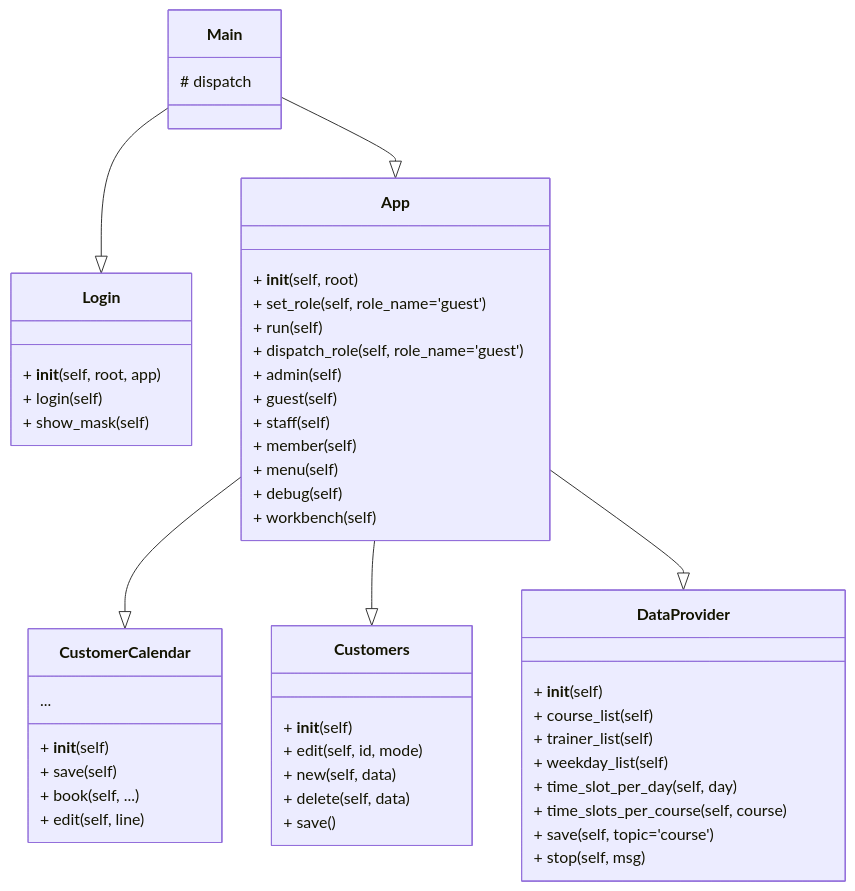
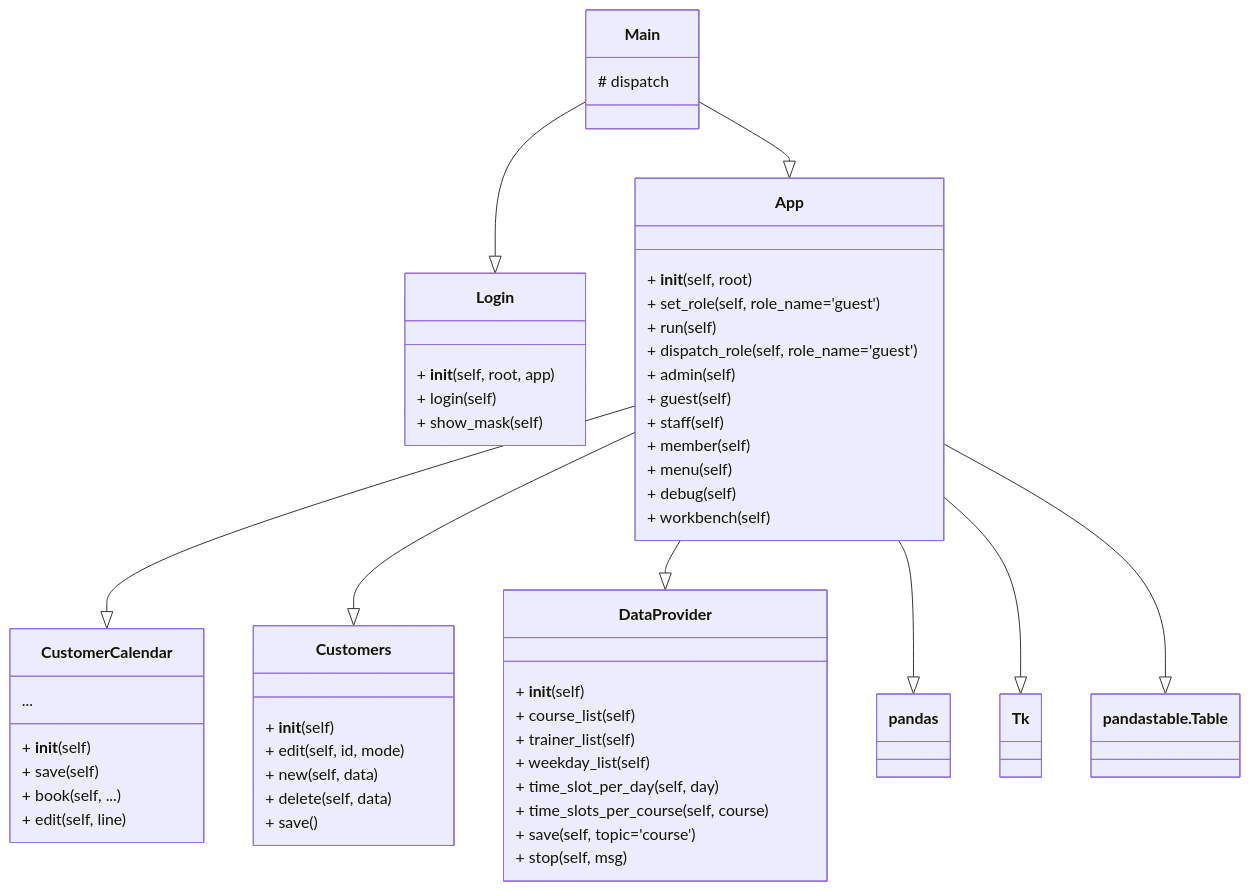
Before and after one commit to icewomen-hub/customer_calendar: the third of 3 diagrams in src/tech_doc.md, drawn with Mermaid. The commit also changed other lines of this file, not shown here.

````diff
--- a/src/tech_doc.md
+++ b/src/tech_doc.md
@@ -41,64 +52,69 @@
 ```mermaid
 classDiagram
 
  
     
     class Main{
         # dispatch
     }
 
     class Login{
         + __init__(self, root, app)
         + login(self)
         + show_mask(self)
     }
 
     class App{
         + __init__(self, root)
         + set_role(self, role_name='guest')
         + run(self)
         + dispatch_role(self, role_name='guest')
         + admin(self)
         + guest(self)
         + staff(self)
         + member(self)
         + menu(self)
         + debug(self)
         + workbench(self)
    }
 
     class DataProvider{
         + __init__(self)
         + course_list(self)
         + trainer_list(self)
         + weekday_list(self)
         + time_slot_per_day(self, day)
         + time_slots_per_course(self, course)
         + save(self, topic='course')
         + stop(self, msg)
     }
 
     class Customers{
         + __init__(self)
         + edit(self, id, mode)
         + new(self, data)
         + delete(self, data)
         + save()
     }
 
    class CustomerCalendar{
         + __init__(self)
         + save(self)
         + book(self, ...)
         + edit(self, line)
         ...
    }
 
     Main --|> App
     Main  --|> Login
 
     App  --|> CustomerCalendar
     App  --|> Customers
     App  --|> DataProvider
 
+    App  --|> pandas
+    App  --|> Tk
+    App  --|> pandastable.Table
+
+
 ```
````
